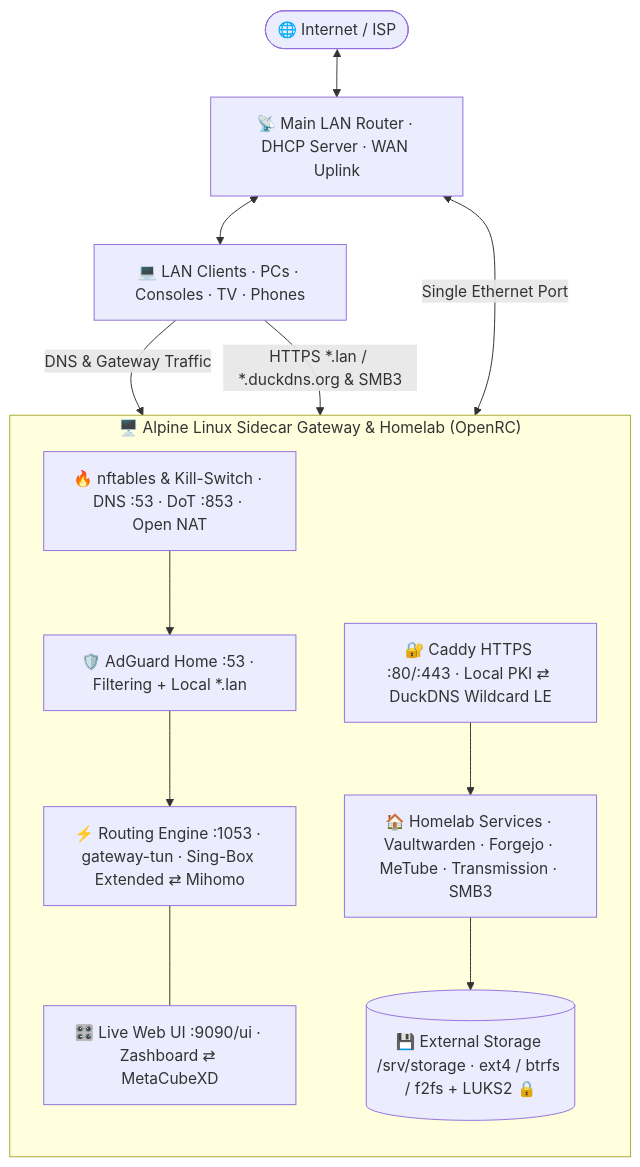
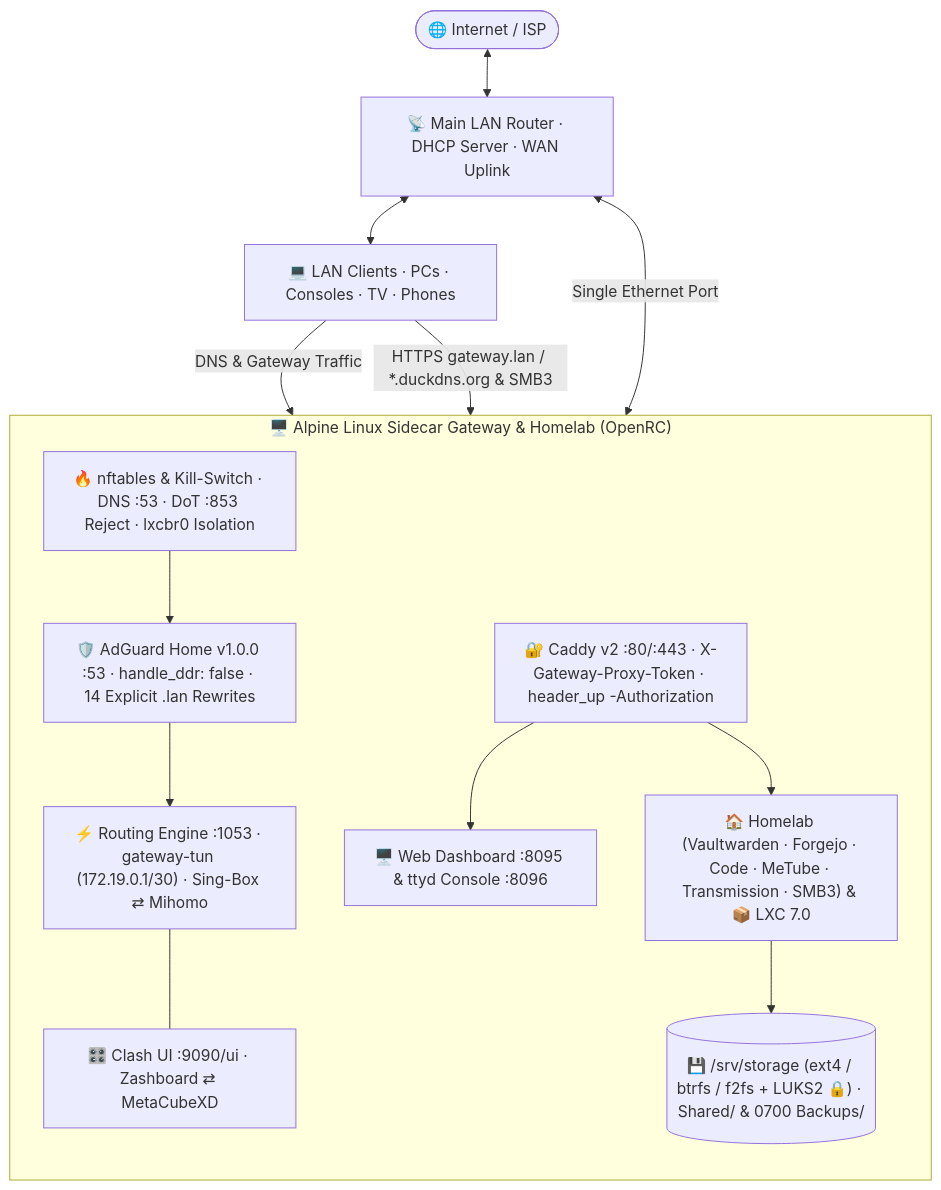
The diagram in README.md (unknownpeace/lol), drawn with Mermaid before and after one commit. The commit also changed other lines of this file and 76 other files, not shown here.

````diff
--- a/README.md
+++ b/README.md
@@ -62,25 +84,27 @@
 ```mermaid
 flowchart TB
     ISP(["🌐 Internet / ISP"]) <--> RTR["📡 Main LAN Router · DHCP Server · WAN Uplink"]
     RTR <-->|"Single Ethernet Port"| GW
     RTR <--> LAN["💻 LAN Clients · PCs · Consoles · TV · Phones"]
 
     subgraph GW ["🖥️ Alpine Linux Sidecar Gateway & Homelab (OpenRC)"]
         direction TB
-        NFT["🔥 nftables & Kill-Switch · DNS :53 · DoT :853 · Open NAT"]
-        AGH["🛡️ AdGuard Home :53 · Filtering + Local *.lan"]
-        CORE["⚡ Routing Engine :1053 · gateway-tun · Sing-Box Extended ⇄ Mihomo"]
-        UI["🎛️ Live Web UI :9090/ui · Zashboard ⇄ MetaCubeXD"]
-        CADDY["🔐 Caddy HTTPS :80/:443 · Local PKI ⇄ DuckDNS Wildcard LE"]
-        HL["🏠 Homelab Services · Vaultwarden · Forgejo · MeTube · Transmission · SMB3"]
-        LUKS[("💾 External Storage /srv/storage · ext4 / btrfs / f2fs + LUKS2 🔒")]
+        NFT["🔥 nftables & Kill-Switch · DNS :53 · DoT :853 Reject · lxcbr0 Isolation"]
+        AGH["🛡️ AdGuard Home v1.0.0 :53 · handle_ddr: false · 14 Explicit .lan Rewrites"]
+        CORE["⚡ Routing Engine :1053 · gateway-tun (172.19.0.1/30) · Sing-Box ⇄ Mihomo"]
+        UI["🎛️ Clash UI :9090/ui · Zashboard ⇄ MetaCubeXD"]
+        CADDY["🔐 Caddy v2 :80/:443 · X-Gateway-Proxy-Token · header_up -Authorization"]
+        WEBUI["🖥️ Web Dashboard :8095 & ttyd Console :8096"]
+        HL["🏠 Homelab (Vaultwarden · Forgejo · Code · MeTube · Transmission · SMB3) & 📦 LXC 7.0"]
+        LUKS[("💾 /srv/storage (ext4 / btrfs / f2fs + LUKS2 🔒) · Shared/ & 0700 Backups/")]
 
         NFT --> AGH --> CORE
         CORE --- UI
+        CADDY --> WEBUI
         CADDY --> HL
         HL --> LUKS
     end
 
     LAN -->|"DNS & Gateway Traffic"| NFT
-    LAN -->|"HTTPS *.lan / *.duckdns.org & SMB3"| CADDY
+    LAN -->|"HTTPS gateway.lan / *.duckdns.org & SMB3"| CADDY
 ```
````
